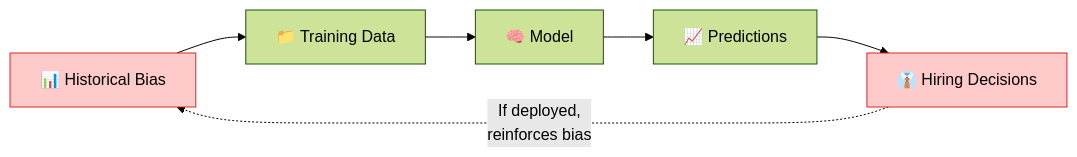
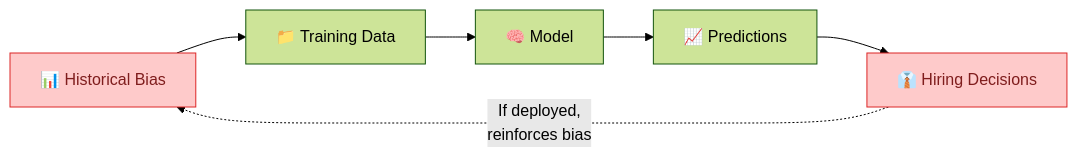
The third of 6 diagrams in docs/CASE-STUDIES.md (asq-sheriff/AI-Production-Checklist), drawn with Mermaid (forest theme) before and after one commit. The commit also changed other lines of this file and 8 other files, not shown here.

First line of the commit message:
Fix text contrast in all Mermaid diagrams

````diff
--- a/docs/CASE-STUDIES.md
+++ b/docs/CASE-STUDIES.md
@@ -154,11 +154,11 @@
 ```mermaid
 flowchart LR
     HB[📊 Historical Bias] --> TD[📁 Training Data]
     TD --> M[🧠 Model]
     M --> P[📈 Predictions]
     P --> HD[👔 Hiring Decisions]
     HD -.->|If deployed,<br/>reinforces bias| HB
 
-    style HB fill:#fecaca,stroke:#dc2626
-    style HD fill:#fecaca,stroke:#dc2626
+    style HB fill:#fecaca,stroke:#dc2626,color:#7f1d1d
+    style HD fill:#fecaca,stroke:#dc2626,color:#7f1d1d
 ```
````
